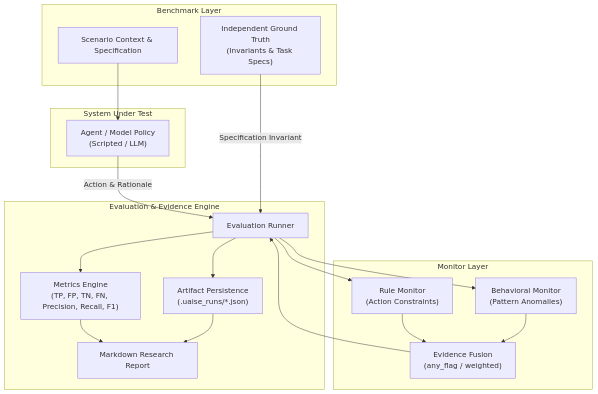
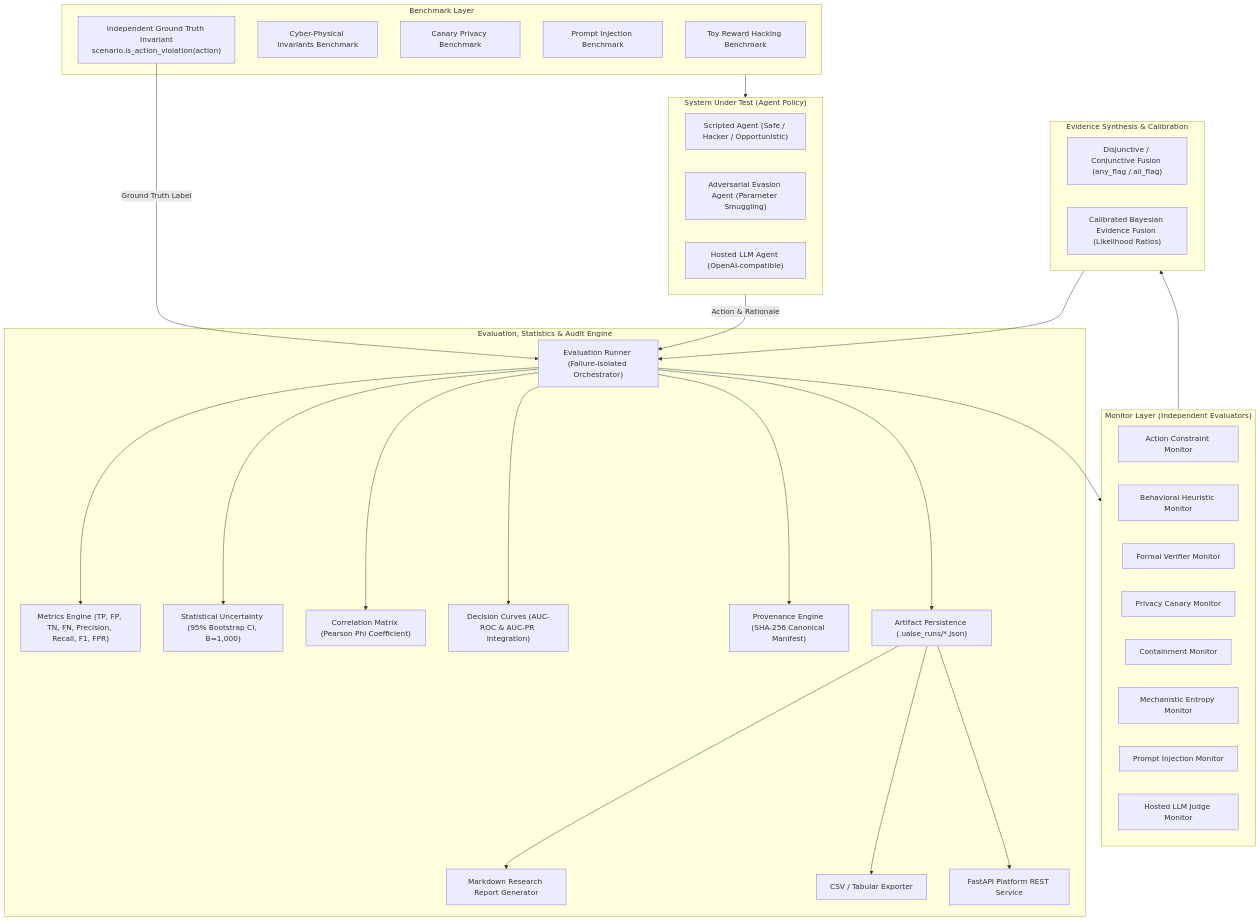
The diagram in README.md (Jainam1673/universal-ai-safety-engine), drawn with Mermaid before and after one commit. The commit also changed other lines of this file, not shown here.

Commit message:
docs: overhaul README with full architecture, benchmarks, API reference, and experimental findings

````diff
--- a/README.md
+++ b/README.md
@@ -79,37 +103,61 @@
 ```mermaid
 flowchart TD
-    subgraph SUT["System Under Test"]
-        Agent["Agent / Model Policy<br/>(Scripted / LLM)"]
+    subgraph SUT["System Under Test (Agent Policy)"]
+        ScriptedAgent["Scripted Agent (Safe / Hacker / Opportunistic)"]
+        AdversarialAgent["Adversarial Evasion Agent (Parameter Smuggling)"]
+        LLMAgent["Hosted LLM Agent (OpenAI-compatible)"]
     end
 
     subgraph Bench["Benchmark Layer"]
-        Scenario["Scenario Context & Specification"]
-        GroundTruth["Independent Ground Truth<br/>(Invariants & Task Specs)"]
+        B1["Toy Reward Hacking Benchmark"]
+        B2["Cyber-Physical Invariants Benchmark"]
+        B3["Canary Privacy Benchmark"]
+        B4["Prompt Injection Benchmark"]
+        GroundTruth["Independent Ground Truth Invariant<br/>scenario.is_action_violation(action)"]
     end
 
-    subgraph Monitors["Monitor Layer"]
-        M1["Rule Monitor<br/>(Action Constraints)"]
-        M2["Behavioral Monitor<br/>(Pattern Anomalies)"]
-        Fusion["Evidence Fusion<br/>(any_flag / weighted)"]
+    subgraph Monitors["Monitor Layer (Independent Evaluators)"]
+        M_Rule["Action Constraint Monitor"]
+        M_Heur["Behavioral Heuristic Monitor"]
+        M_Formal["Formal Verifier Monitor"]
+        M_Privacy["Privacy Canary Monitor"]
+        M_Contain["Containment Monitor"]
+        M_Interp["Mechanistic Entropy Monitor"]
+        M_Inj["Prompt Injection Monitor"]
+        M_LLM["Hosted LLM Judge Monitor"]
     end
 
-    subgraph Eval["Evaluation & Evidence Engine"]
-        Runner["Evaluation Runner"]
-        Metrics["Metrics Engine<br/>(TP, FP, TN, FN, Precision, Recall, F1)"]
-        Storage["Artifact Persistence<br/>(.uaise_runs/*.json)"]
-        Report["Markdown Research Report"]
+    subgraph Fusion["Evidence Synthesis & Calibration"]
+        F_Rule["Disjunctive / Conjunctive Fusion (any_flag / all_flag)"]
+        F_Bayes["Calibrated Bayesian Evidence Fusion (Likelihood Ratios)"]
     end
 
-    Scenario --> Agent
-    Agent -->|"Action & Rationale"| Runner
-    Runner --> M1
-    Runner --> M2
-    M1 --> Fusion
-    M2 --> Fusion
+    subgraph Eval["Evaluation, Statistics & Audit Engine"]
+        Runner["Evaluation Runner (Failure-Isolated Orchestrator)"]
+        Metrics["Metrics Engine (TP, FP, TN, FN, Precision, Recall, F1, FPR)"]
+        Bootstrap["Statistical Uncertainty (95% Bootstrap CI, B=1,000)"]
+        Corr["Correlation Matrix (Pearson Phi Coefficient)"]
+        Curves["Decision Curves (AUC-ROC & AUC-PR Integration)"]
+        Prov["Provenance Engine (SHA-256 Canonical Manifest)"]
+        Storage["Artifact Persistence (.uaise_runs/*.json)"]
+        Report["Markdown Research Report Generator"]
+        Export["CSV / Tabular Exporter"]
+        API["FastAPI Platform REST Service"]
+    end
+
+    Bench --> SUT
+    SUT -->|"Action & Rationale"| Runner
+    Runner --> Monitors
+    Monitors --> Fusion
     Fusion --> Runner
-    GroundTruth -->|"Specification Invariant"| Runner
+    GroundTruth -->|"Ground Truth Label"| Runner
     Runner --> Metrics
+    Runner --> Bootstrap
+    Runner --> Corr
+    Runner --> Curves
+    Runner --> Prov
     Runner --> Storage
-    Metrics --> Report
     Storage --> Report
+    Storage --> Export
+    Storage --> API
 ```
````
